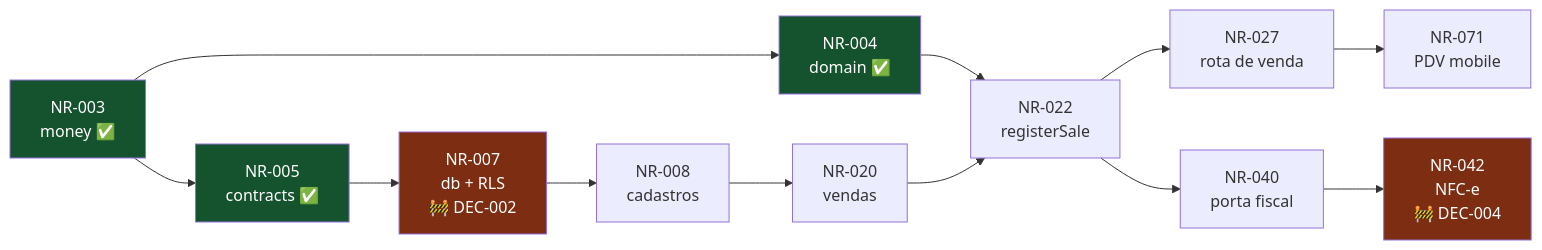
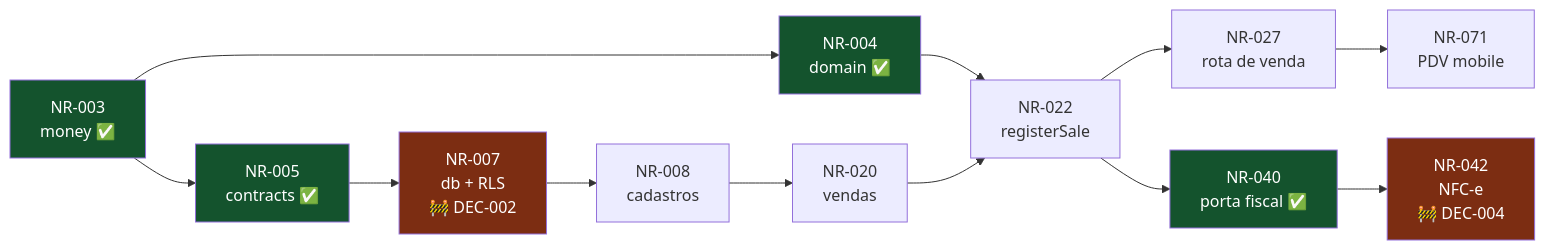
Before and after one commit to glevi2004/na-regua: the diagram in docs/processo/task-ledger.md, drawn with Mermaid. The commit also changed other lines of this file and 13 other files, not shown here.

First line of the commit message:
feat(fiscal): declarar a porta InvoiceIssuer e o adapter falso

````diff
--- a/docs/processo/task-ledger.md
+++ b/docs/processo/task-ledger.md
@@ -178,20 +179,21 @@
 ```mermaid
 flowchart LR
     N3["NR-003<br/>money ✅"] --> N4["NR-004<br/>domain ✅"]
     N3 --> N5["NR-005<br/>contracts ✅"]
     N5 --> N7["NR-007<br/>db + RLS<br/>🚧 DEC-002"]
     N7 --> N8["NR-008<br/>cadastros"]
     N8 --> N20["NR-020<br/>vendas"]
     N4 --> N22
     N20 --> N22["NR-022<br/>registerSale"]
     N22 --> N27["NR-027<br/>rota de venda"]
     N27 --> N71["NR-071<br/>PDV mobile"]
-    N22 --> N40["NR-040<br/>porta fiscal"]
+    N22 --> N40["NR-040<br/>porta fiscal ✅"]
     N40 --> N42["NR-042<br/>NFC-e<br/>🚧 DEC-004"]
 
     style N7 fill:#7c2d12,color:#fff
     style N42 fill:#7c2d12,color:#fff
     style N3 fill:#14532d,color:#fff
     style N4 fill:#14532d,color:#fff
     style N5 fill:#14532d,color:#fff
+    style N40 fill:#14532d,color:#fff
 ```
````
